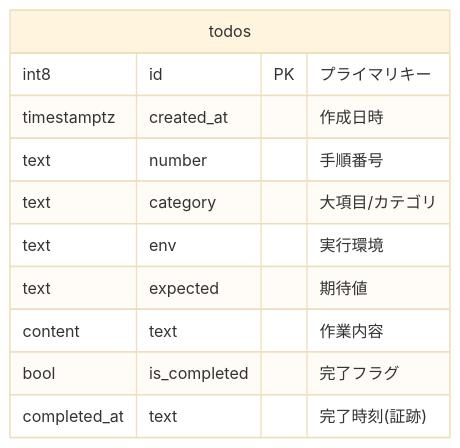
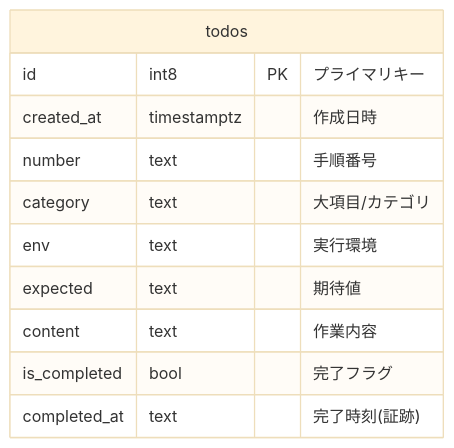
One commit to Everybodyhappyok4416/standard-operating-procedures changed the second of 2 diagrams in README.md. Above: the diagram before and after it, drawn with Mermaid (base theme).

Commit message:
docs: update README and project structure

````diff
--- a/README.md
+++ b/README.md
@@ -53,14 +53,14 @@
 ```mermaid
 erDiagram
     todos {
-        int8 id PK "プライマリキー"
-        timestamptz created_at "作成日時"
-        text number "手順番号"
-        text category "大項目/カテゴリ"
-        text env "実行環境"
-        text expected "期待値"
+        id int8 PK "プライマリキー"
+        created_at timestamptz "作成日時"
+        number text "手順番号"
+        category text "大項目/カテゴリ"
+        env text "実行環境"
+        expected text "期待値"
         content text "作業内容"
-        bool is_completed "完了フラグ"
+        is_completed bool "完了フラグ"
         completed_at text "完了時刻(証跡)"
     }
 ```
````
